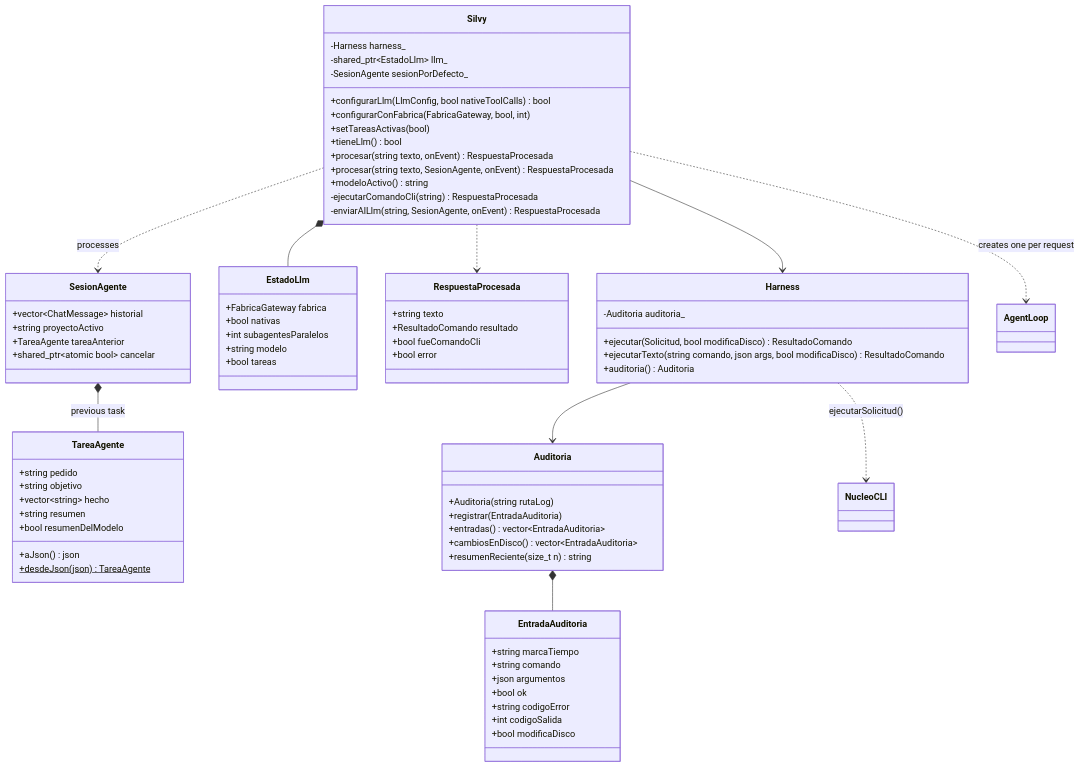
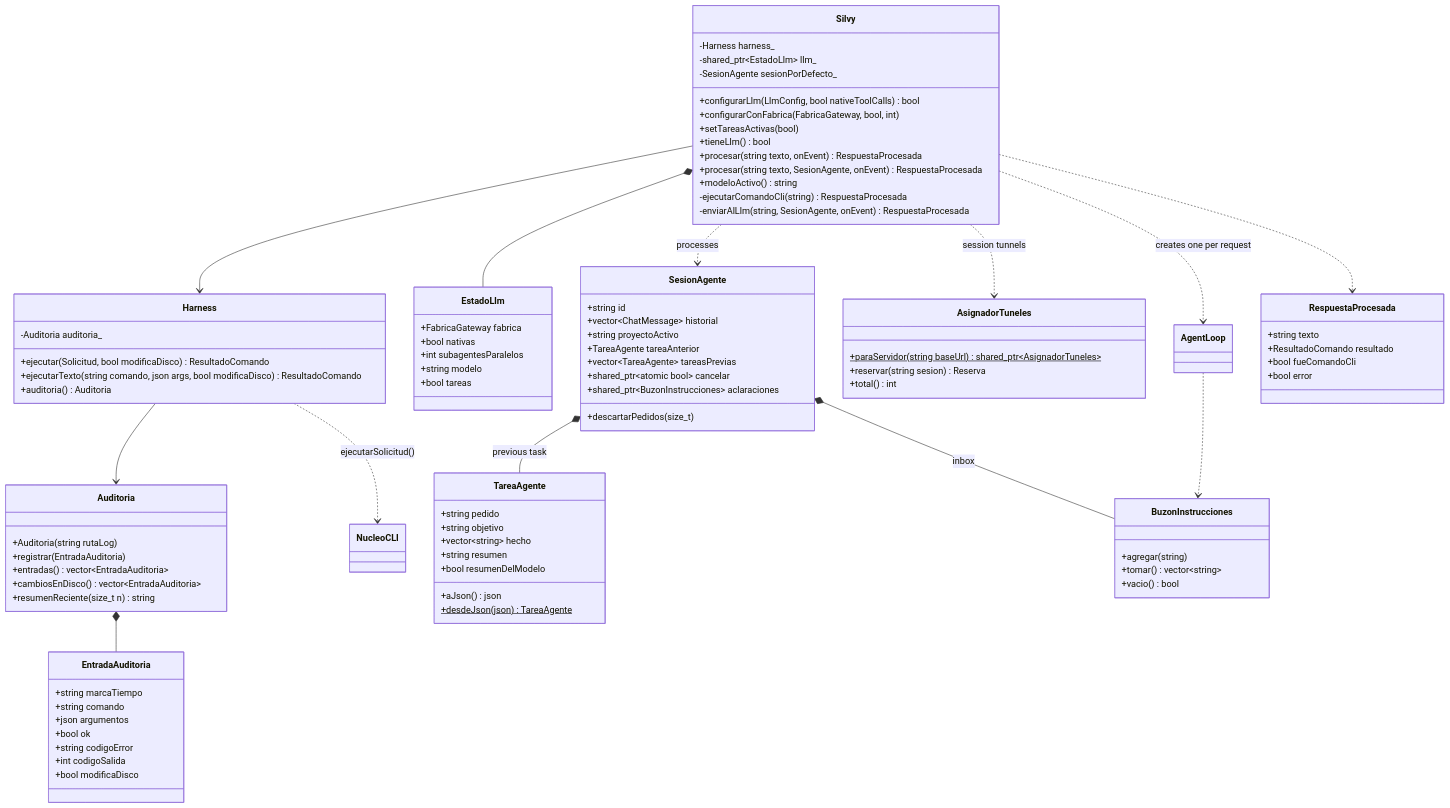
Before and after one commit to FunshiEngine/FunshiEngineCLI: the third of 8 diagrams in doc/uml/DiagramaClases.eng.md, drawn with Mermaid. The commit also changed other lines of this file and 4 other files, not shown here.

```diff
--- a/doc/uml/DiagramaClases.eng.md
+++ b/doc/uml/DiagramaClases.eng.md
@@ -150,10 +150,24 @@
         -enviarAlLlm(string, SesionAgente, onEvent) RespuestaProcesada
     }
     class SesionAgente {
+        +string id
         +vector~ChatMessage~ historial
         +string proyectoActivo
         +TareaAgente tareaAnterior
+        +vector~TareaAgente~ tareasPrevias
         +shared_ptr~atomic bool~ cancelar
+        +shared_ptr~BuzonInstrucciones~ aclaraciones
+        +descartarPedidos(size_t)
+    }
+    class BuzonInstrucciones {
+        +agregar(string)
+        +tomar() vector~string~
+        +vacio() bool
+    }
+    class AsignadorTuneles {
+        +paraServidor(string baseUrl)$ shared_ptr~AsignadorTuneles~
+        +reservar(string sesion) Reserva
+        +total() int
     }
     class TareaAgente {
         +string pedido
@@ -204,6 +218,9 @@
     Silvy *-- EstadoLlm
     Silvy ..> SesionAgente : processes
     SesionAgente *-- TareaAgente : previous task
+    SesionAgente *-- BuzonInstrucciones : inbox
+    AgentLoop ..> BuzonInstrucciones
+    Silvy ..> AsignadorTuneles : session tunnels
     Silvy ..> AgentLoop : creates one per request
     Silvy ..> RespuestaProcesada
     Harness --> Auditoria
```
